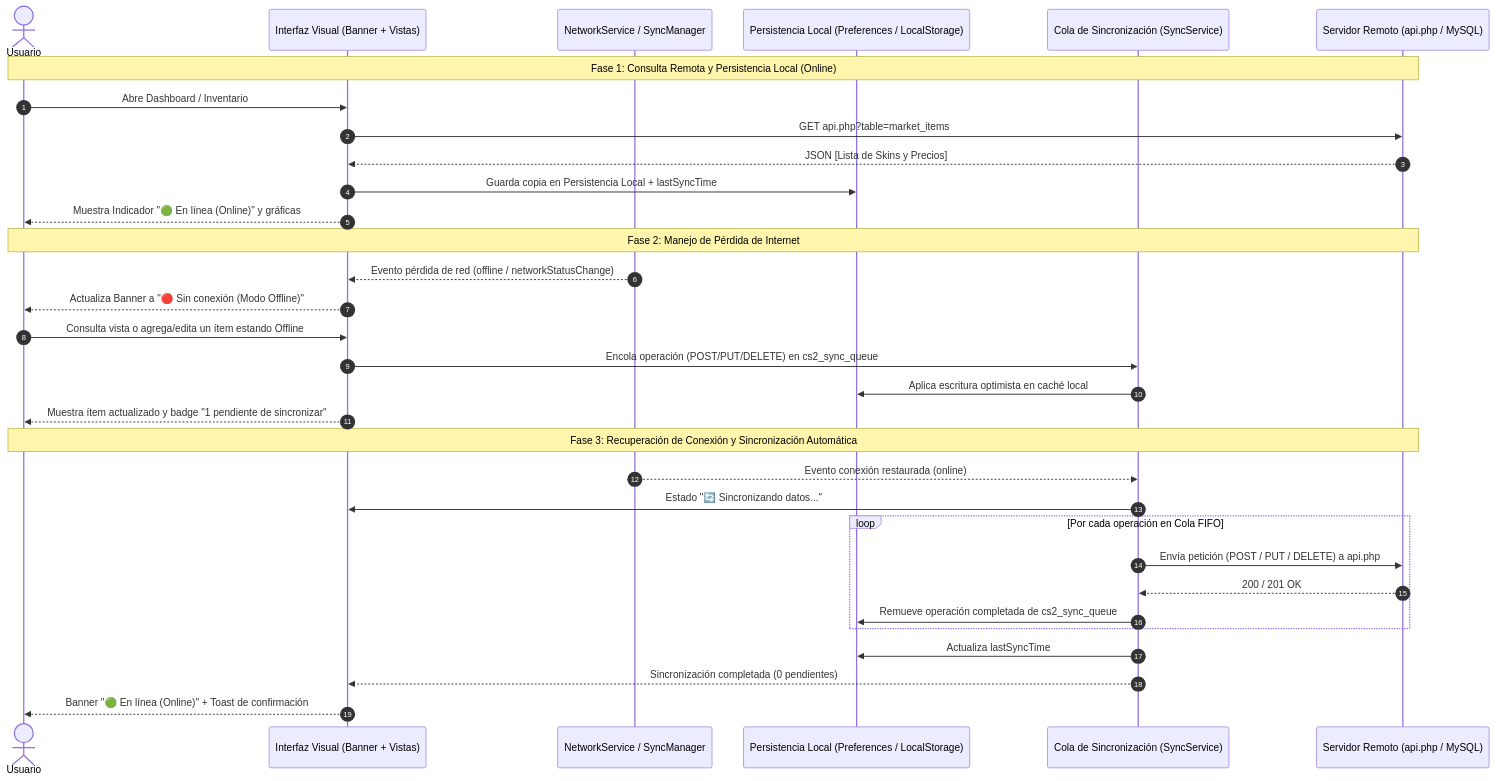
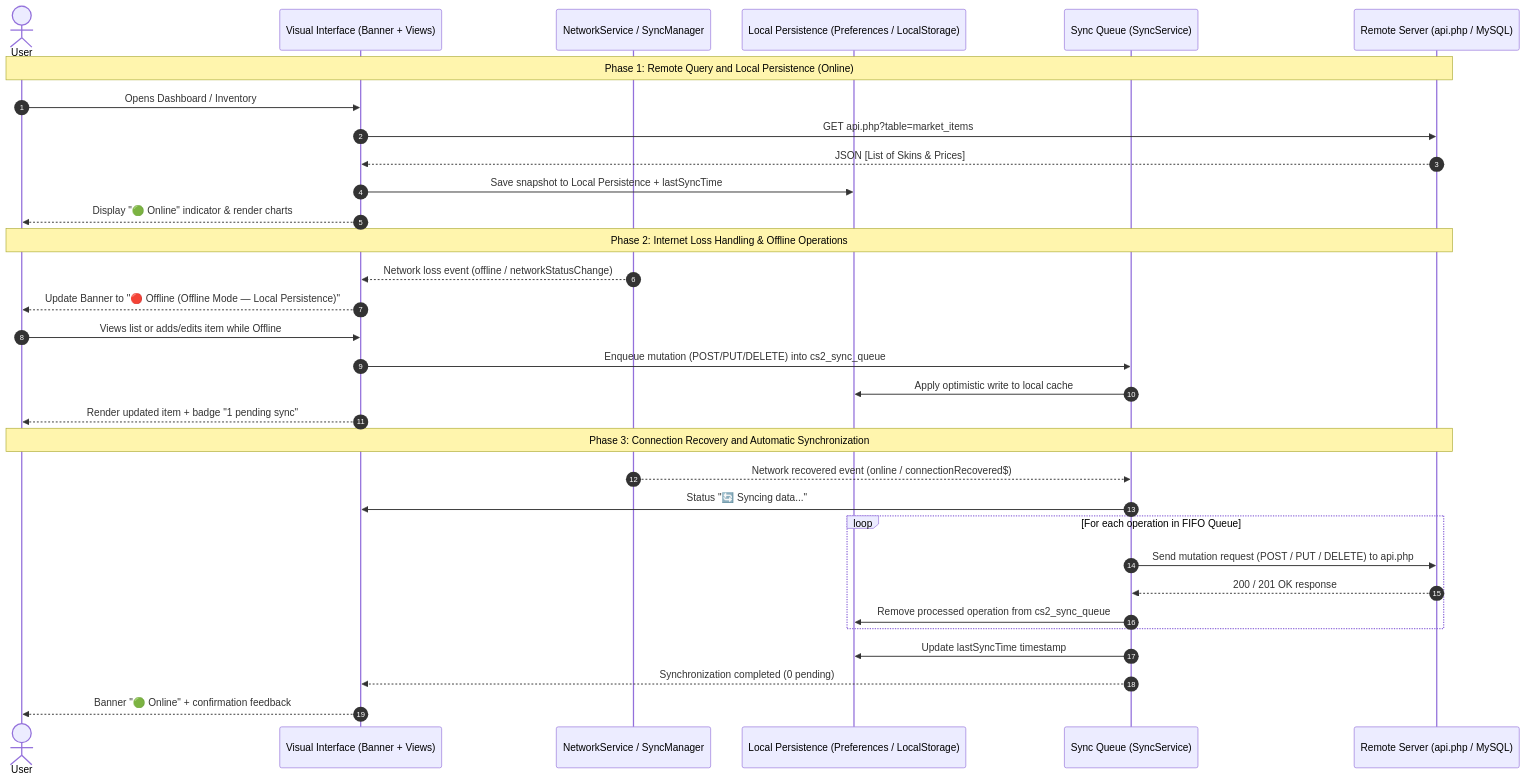
One commit to Delta21zr/API-CS2 changed the second of 2 diagrams in DIAGRAMA_SINCRONIZACION.md. Above: the diagram before and after it, drawn with Mermaid. The commit also changed other lines of this file, not shown here.

Commit message:
docs: translate synchronization diagrams and component map to English

````diff
--- a/DIAGRAMA_SINCRONIZACION.md
+++ b/DIAGRAMA_SINCRONIZACION.md
@@ -47,38 +47,38 @@
 ```mermaid
 sequenceDiagram
     autonumber
-    actor U as Usuario
-    participant UI as Interfaz Visual (Banner + Vistas)
+    actor U as User
+    participant UI as Visual Interface (Banner + Views)
     participant Net as NetworkService / SyncManager
-    participant Cache as Persistencia Local (Preferences / LocalStorage)
-    participant Sync as Cola de Sincronización (SyncService)
-    participant API as Servidor Remoto (api.php / MySQL)
+    participant Cache as Local Persistence (Preferences / LocalStorage)
+    participant Sync as Sync Queue (SyncService)
+    participant API as Remote Server (api.php / MySQL)
 
-    Note over U,API: Fase 1: Consulta Remota y Persistencia Local (Online)
-    U->>UI: Abre Dashboard / Inventario
+    Note over U,API: Phase 1: Remote Query and Local Persistence (Online)
+    U->>UI: Opens Dashboard / Inventory
     UI->>API: GET api.php?table=market_items
-    API-->>UI: JSON [Lista de Skins y Precios]
-    UI->>Cache: Guarda copia en Persistencia Local + lastSyncTime
-    UI-->>U: Muestra Indicador "🟢 En línea (Online)" y gráficas
+    API-->>UI: JSON [List of Skins & Prices]
+    UI->>Cache: Save snapshot to Local Persistence + lastSyncTime
+    UI-->>U: Display "🟢 Online" indicator & render charts
 
-    Note over U,API: Fase 2: Manejo de Pérdida de Internet
-    Net-->>UI: Evento pérdida de red (offline / networkStatusChange)
-    UI-->>U: Actualiza Banner a "🔴 Sin conexión (Modo Offline)"
+    Note over U,API: Phase 2: Internet Loss Handling & Offline Operations
+    Net-->>UI: Network loss event (offline / networkStatusChange)
+    UI-->>U: Update Banner to "🔴 Offline (Offline Mode — Local Persistence)"
 
-    U->>UI: Consulta vista o agrega/edita un ítem estando Offline
-    UI->>Sync: Encola operación (POST/PUT/DELETE) en cs2_sync_queue
-    Sync->>Cache: Aplica escritura optimista en caché local
-    UI-->>U: Muestra ítem actualizado y badge "1 pendiente de sincronizar"
+    U->>UI: Views list or adds/edits item while Offline
+    UI->>Sync: Enqueue mutation (POST/PUT/DELETE) into cs2_sync_queue
+    Sync->>Cache: Apply optimistic write to local cache
+    UI-->>U: Render updated item + badge "1 pending sync"
 
-    Note over U,API: Fase 3: Recuperación de Conexión y Sincronización Automática
-    Net-->>Sync: Evento conexión restaurada (online)
-    Sync->>UI: Estado "🔄 Sincronizando datos..."
-    loop Por cada operación en Cola FIFO
-        Sync->>API: Envía petición (POST / PUT / DELETE) a api.php
-        API-->>Sync: 200 / 201 OK
-        Sync->>Cache: Remueve operación completada de cs2_sync_queue
+    Note over U,API: Phase 3: Connection Recovery and Automatic Synchronization
+    Net-->>Sync: Network recovered event (online / connectionRecovered$)
+    Sync->>UI: Status "🔄 Syncing data..."
+    loop For each operation in FIFO Queue
+        Sync->>API: Send mutation request (POST / PUT / DELETE) to api.php
+        API-->>Sync: 200 / 201 OK response
+        Sync->>Cache: Remove processed operation from cs2_sync_queue
     end
-    Sync->>Cache: Actualiza lastSyncTime
-    Sync-->>UI: Sincronización completada (0 pendientes)
-    UI-->>U: Banner "🟢 En línea (Online)" + Toast de confirmación
+    Sync->>Cache: Update lastSyncTime timestamp
+    Sync-->>UI: Synchronization completed (0 pending)
+    UI-->>U: Banner "🟢 Online" + confirmation feedback
 ```
````
